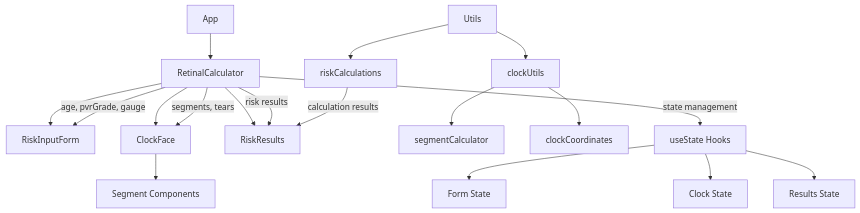
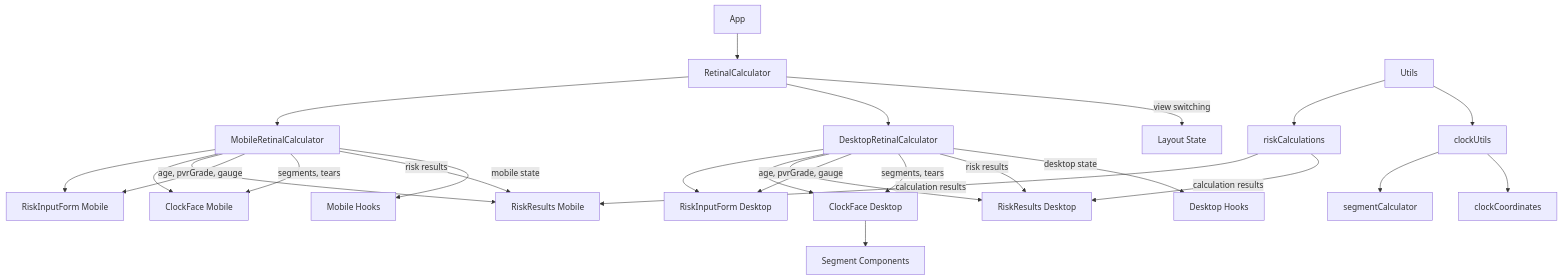
Before and after one commit to lh/RCRD: the diagram in meta/application-analysis.md, drawn with Mermaid. The commit also changed other lines of this file and 27 other files, not shown here.

Commit message:
fixed clockface rendering mobile and desktop

````diff
--- a/meta/application-analysis.md
+++ b/meta/application-analysis.md
@@ -5,26 +5,34 @@
 ```mermaid
 graph TD
     A[App] --> B[RetinalCalculator]
-    B --> C[RiskInputForm]
-    B --> D[ClockFace]
-    B --> E[RiskResults]
-    D --> F[Segment Components]
+    B --> C[MobileRetinalCalculator]
+    B --> D[DesktopRetinalCalculator]
+    C --> E[RiskInputForm Mobile]
+    C --> F[ClockFace Mobile]
+    C --> G[RiskResults Mobile]
+    D --> H[RiskInputForm Desktop]
+    D --> I[ClockFace Desktop]
+    D --> J[RiskResults Desktop]
+    I --> K[Segment Components]
     
     %% Utilities
-    G[Utils] --> H[riskCalculations]
-    G --> I[clockUtils]
-    I --> J[segmentCalculator]
-    I --> K[clockCoordinates]
+    L[Utils] --> M[riskCalculations]
+    L --> N[clockUtils]
+    N --> O[segmentCalculator]
+    N --> P[clockCoordinates]
     
     %% Data Flow
-    B -- "age, pvrGrade, gauge" --> C
-    B -- "segments, tears" --> D
-    B -- "risk results" --> E
-    H -- "calculation results" --> E
+    C -- "age, pvrGrade, gauge" --> E
+    C -- "segments, tears" --> F
+    C -- "risk results" --> G
+    D -- "age, pvrGrade, gauge" --> H
+    D -- "segments, tears" --> I
+    D -- "risk results" --> J
+    M -- "calculation results" --> G
+    M -- "calculation results" --> J
     
     %% State Management
-    B -- "state management" --> L[useState Hooks]
-    L --> M[Form State]
-    L --> N[Clock State]
-    L --> O[Results State]
+    B -- "view switching" --> Q[Layout State]
+    C -- "mobile state" --> R[Mobile Hooks]
+    D -- "desktop state" --> S[Desktop Hooks]
 ```
````
